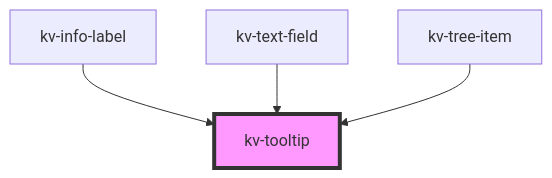
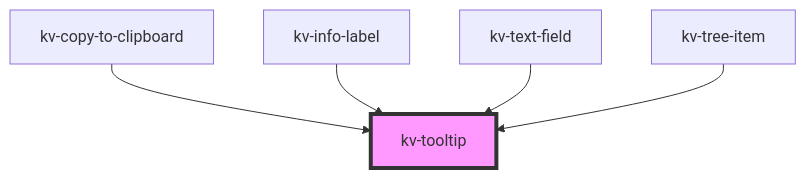
Before and after one commit to kelvininc/ui-components: the diagram in packages/ui-components/src/components/tooltip/readme.md, drawn with Mermaid. The commit also changed other lines of this file and 17 other files, not shown here.

Commit message:
feat(copy-to-clipboard): add component

````diff
--- a/packages/ui-components/src/components/tooltip/readme.md
+++ b/packages/ui-components/src/components/tooltip/readme.md
@@ -95,7 +96,8 @@
 ```mermaid
 graph TD;
+  kv-copy-to-clipboard --> kv-tooltip
   kv-info-label --> kv-tooltip
   kv-text-field --> kv-tooltip
   kv-tree-item --> kv-tooltip
   style kv-tooltip fill:#f9f,stroke:#333,stroke-width:4px
 ```
````
